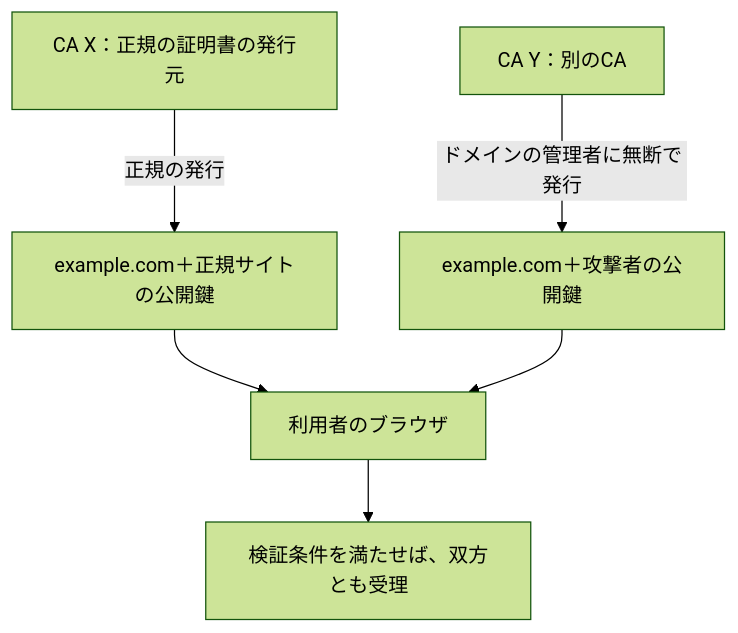
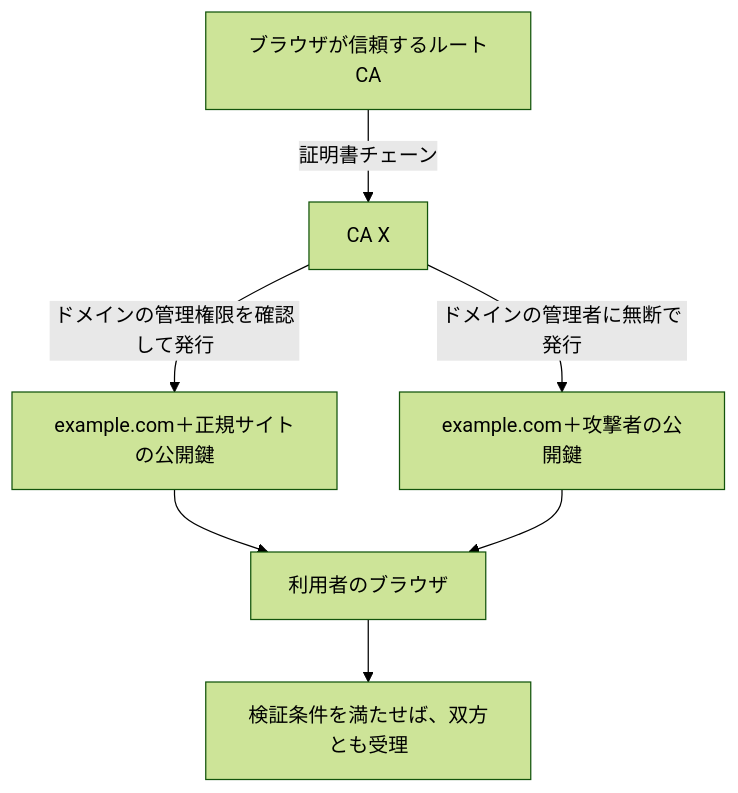
One commit to aurora1530/learning-materials changed the third of 10 diagrams in docs/security/20261113-tls-pki-emudhra.md. Above: the diagram before and after it, drawn with Mermaid (forest theme). The commit also changed other lines of this file, not shown here.

````diff
--- a/docs/security/20261113-tls-pki-emudhra.md
+++ b/docs/security/20261113-tls-pki-emudhra.md
@@ -108,8 +119,9 @@
 ```mermaid
 flowchart TD
-    A["CA X：正規の証明書の発行元"] -->|正規の発行| C["example.com＋正規サイトの公開鍵"]
-    B["CA Y：別のCA"] -->|ドメインの管理者に無断で発行| D["example.com＋攻撃者の公開鍵"]
+    R["ブラウザが信頼するルートCA"] -->|証明書チェーン| A["CA X"]
+    A -->|ドメインの管理権限を確認して発行| C["example.com＋正規サイトの公開鍵"]
+    A -->|ドメインの管理者に無断で発行| D["example.com＋攻撃者の公開鍵"]
     C --> E["利用者のブラウザ"]
     D --> E
     E --> F["検証条件を満たせば、双方とも受理"]
 ```
````
